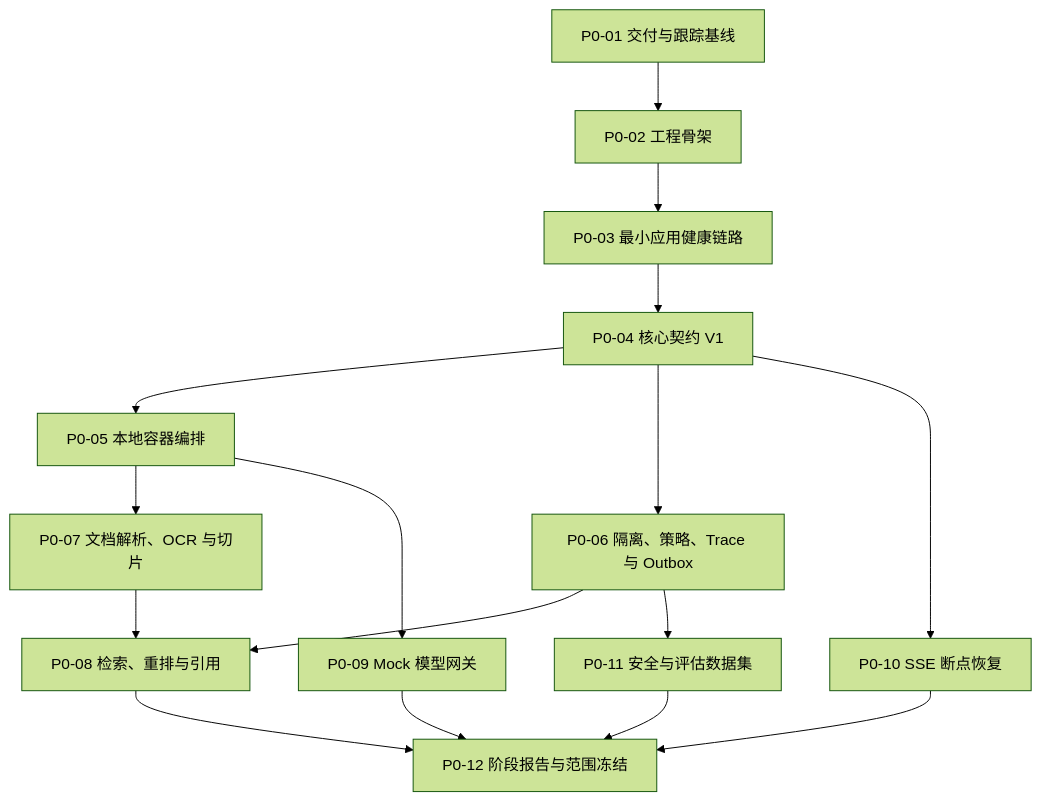
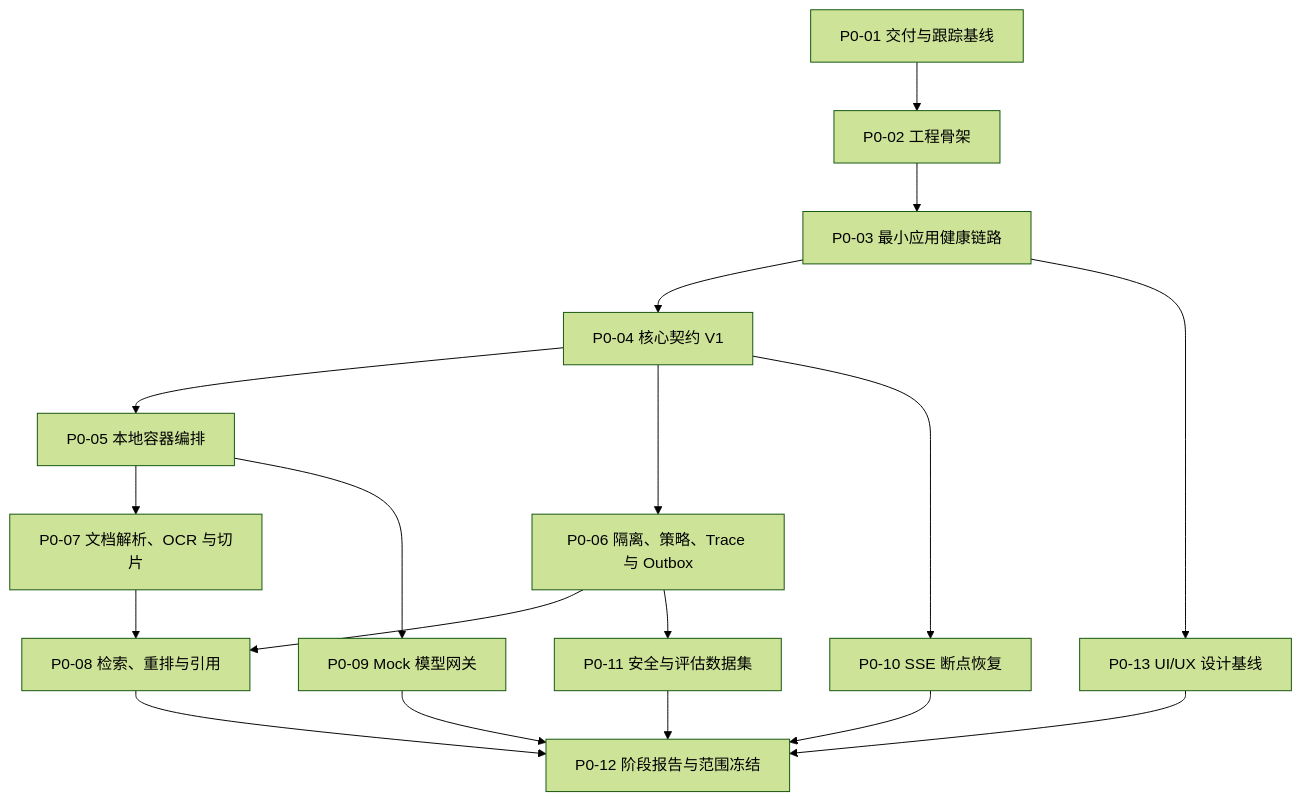
One commit to chengit16/AI changed the diagram in docs/stages/stage-0-plan.md. Above: the diagram before and after it, drawn with Mermaid (forest theme). The commit also changed other lines of this file and 5 other files, not shown here.

````diff
--- a/docs/stages/stage-0-plan.md
+++ b/docs/stages/stage-0-plan.md
@@ -9,18 +9,20 @@
 ```mermaid
 flowchart TD
     P001["P0-01 交付与跟踪基线"] --> P002["P0-02 工程骨架"]
     P002 --> P003["P0-03 最小应用健康链路"]
     P003 --> P004["P0-04 核心契约 V1"]
     P004 --> P005["P0-05 本地容器编排"]
     P004 --> P006["P0-06 隔离、策略、Trace 与 Outbox"]
     P005 --> P007["P0-07 文档解析、OCR 与切片"]
     P006 --> P008["P0-08 检索、重排与引用"]
     P007 --> P008
     P005 --> P009["P0-09 Mock 模型网关"]
     P004 --> P010["P0-10 SSE 断点恢复"]
     P006 --> P011["P0-11 安全与评估数据集"]
     P008 --> P012["P0-12 阶段报告与范围冻结"]
+    P003 --> P013["P0-13 UI/UX 设计基线"]
+    P013 --> P012
     P009 --> P012
     P010 --> P012
     P011 --> P012
 ```
````
